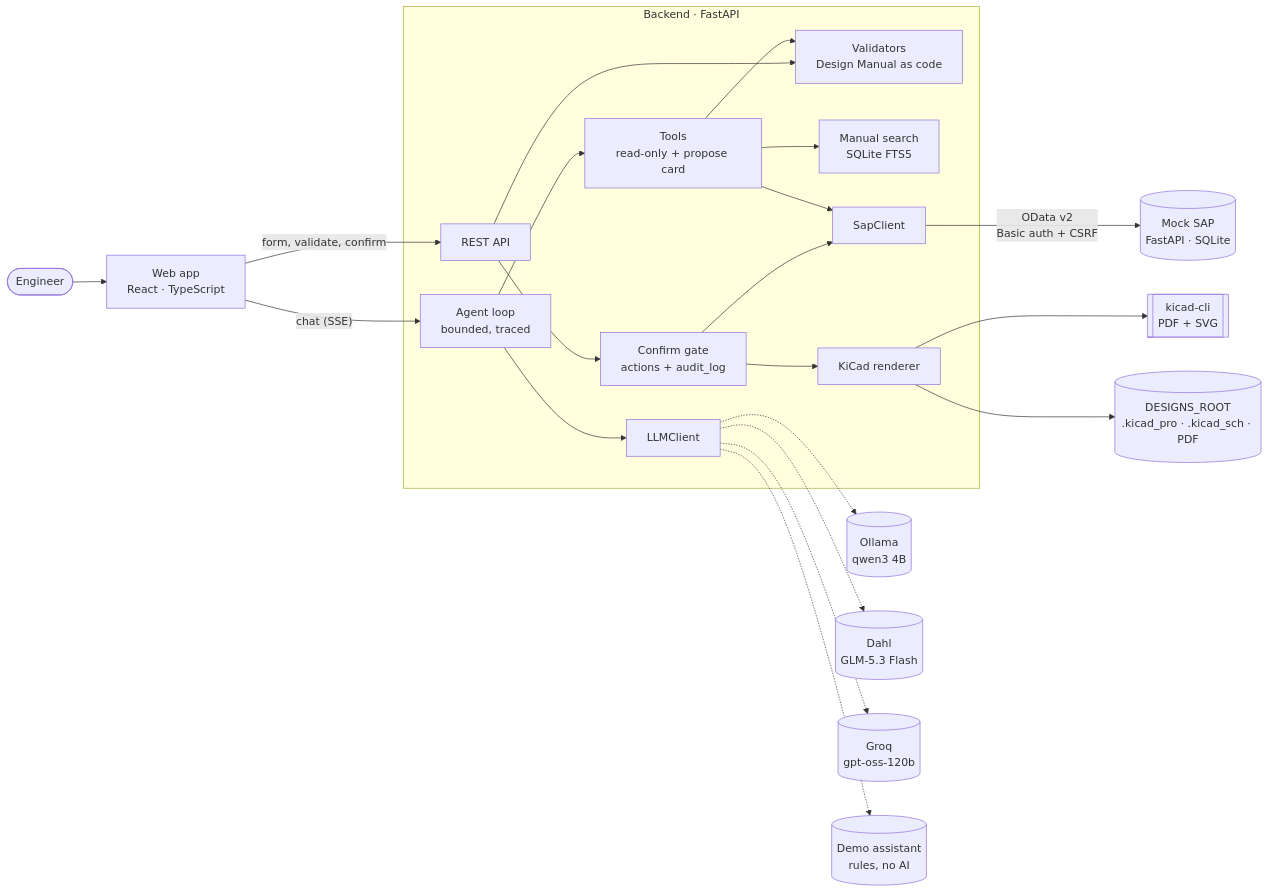
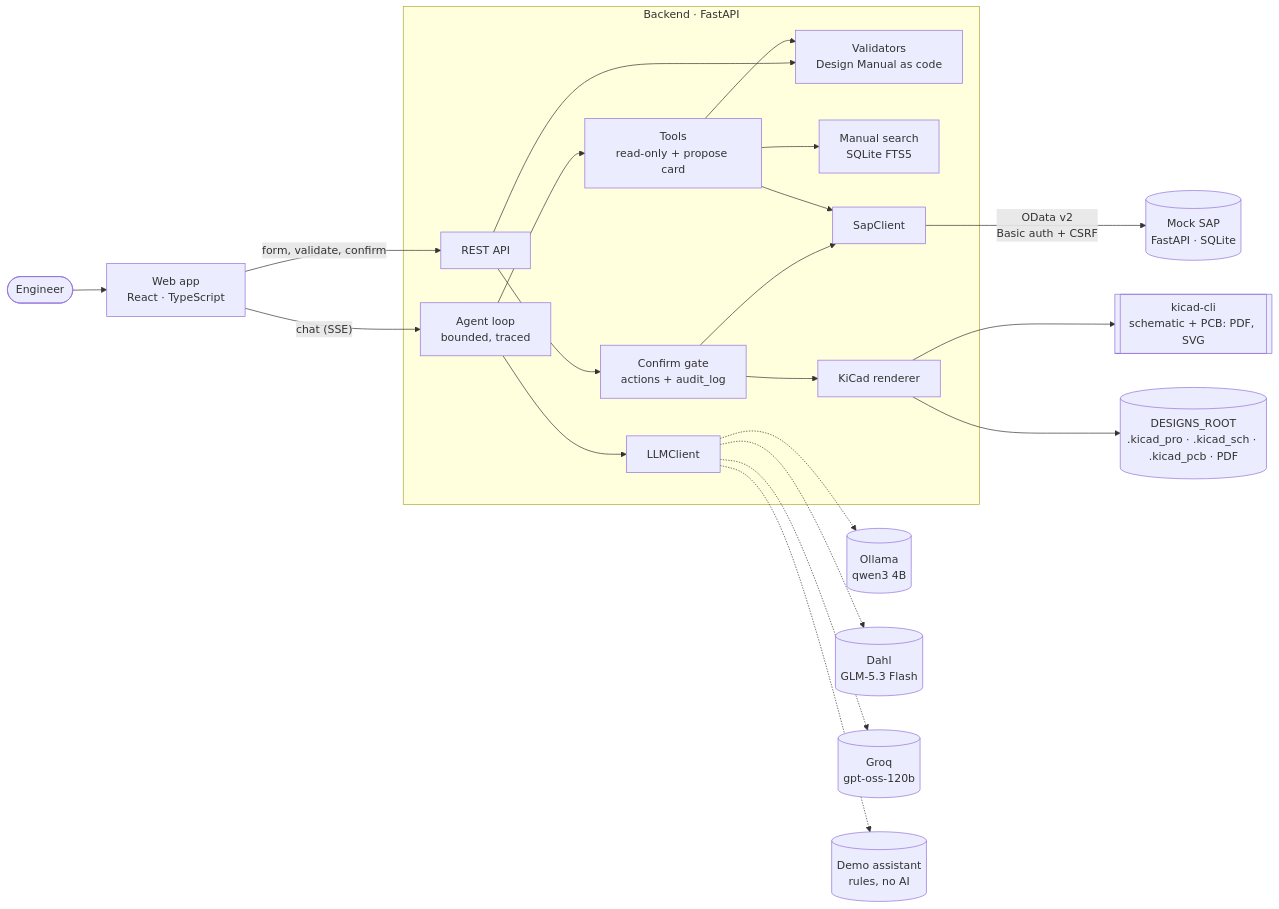
One commit to carlosgild-web/hl-create-design changed the diagram in README.md. Above: the diagram before and after it, drawn with Mermaid. The commit also changed other lines of this file and 23 other files, not shown here.

First line of the commit message:
feat: create the PCB with the company title block, its PDF and Open PCB

````diff
--- a/README.md
+++ b/README.md
@@ -83,35 +83,35 @@
 ```mermaid
 flowchart LR
     user([Engineer]) --> ui["Web app<br/>React · TypeScript"]
     ui -- "chat (SSE)" --> agent
     ui -- "form, validate, confirm" --> api
 
     subgraph backend["Backend · FastAPI"]
         api["REST API"]
         agent["Agent loop<br/>bounded, traced"]
         tools["Tools<br/>read-only + propose card"]
         rules["Validators<br/>Design Manual as code"]
         manual["Manual search<br/>SQLite FTS5"]
         actions["Confirm gate<br/>actions + audit_log"]
         renderer["KiCad renderer"]
         sapc["SapClient"]
         llm["LLMClient"]
     end
 
     agent --> llm
     llm -.-> ollama[("Ollama<br/>qwen3 4B")]
     llm -.-> dahl[("Dahl<br/>GLM-5.3 Flash")]
     llm -.-> groq[("Groq<br/>gpt-oss-120b")]
     llm -.-> demo[("Demo assistant<br/>rules, no AI")]
     agent --> tools
     tools --> rules
     tools --> manual
     tools --> sapc
     api --> rules
     api --> actions
     actions --> sapc
     actions --> renderer
-    renderer --> kicad[["kicad-cli<br/>PDF + SVG"]]
-    renderer --> files[("DESIGNS_ROOT<br/>.kicad_pro · .kicad_sch · PDF")]
+    renderer --> kicad[["kicad-cli<br/>schematic + PCB: PDF, SVG"]]
+    renderer --> files[("DESIGNS_ROOT<br/>.kicad_pro · .kicad_sch · .kicad_pcb · PDF")]
     sapc -- "OData v2<br/>Basic auth + CSRF" --> sap[("Mock SAP<br/>FastAPI · SQLite")]
 ```
````
